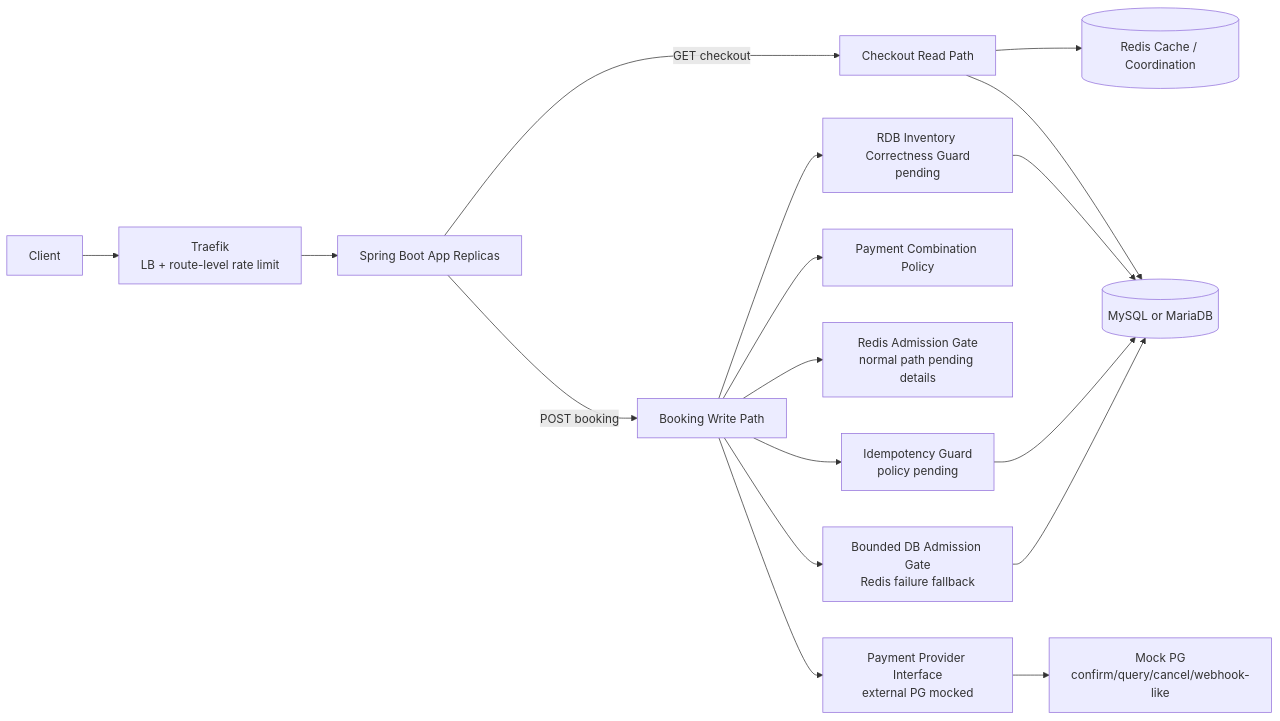
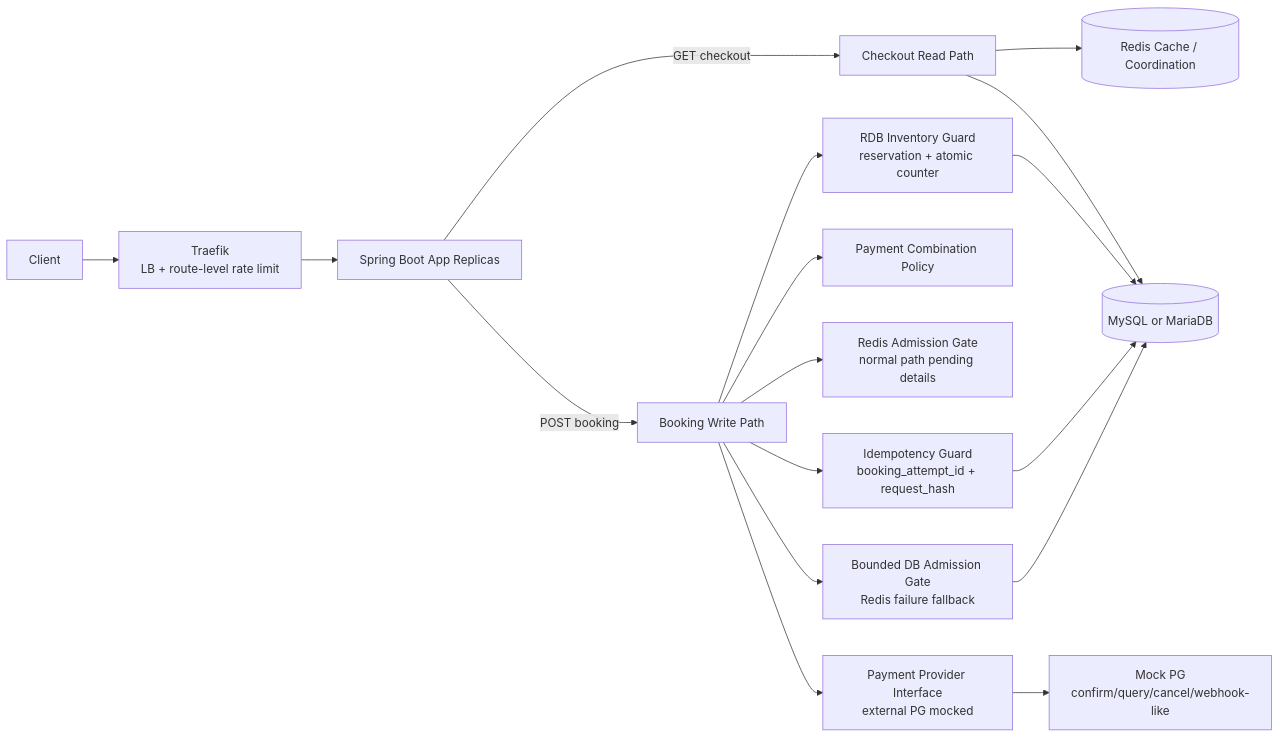
One commit to lsh1215/peak-booking-system changed the diagram in docs/system-design/mock-interview.md. Above: the diagram before and after it, drawn with Mermaid. The commit also changed other lines of this file and 7 other files, not shown here.

````diff
--- a/docs/system-design/mock-interview.md
+++ b/docs/system-design/mock-interview.md
@@ -101,22 +101,22 @@
 ```mermaid
 flowchart LR
     Client[Client] --> LB[Traefik<br/>LB + route-level rate limit]
     LB --> App[Spring Boot App Replicas]
 
     App -->|GET checkout| Checkout[Checkout Read Path]
     Checkout --> Redis[(Redis Cache / Coordination)]
     Checkout --> RDB[(MySQL or MariaDB)]
 
     App -->|POST booking| Booking[Booking Write Path]
-    Booking --> Idem[Idempotency Guard<br/>policy pending]
+    Booking --> Idem[Idempotency Guard<br/>booking_attempt_id + request_hash]
     Booking --> PaymentPolicy[Payment Combination Policy]
     Booking --> RedisAdmission[Redis Admission Gate<br/>normal path pending details]
     Booking --> DBAdmission[Bounded DB Admission Gate<br/>Redis failure fallback]
-    Booking --> RDBGuard[RDB Inventory Correctness Guard<br/>pending]
+    Booking --> RDBGuard[RDB Inventory Guard<br/>reservation + atomic counter]
     Booking --> PaymentPort[Payment Provider Interface<br/>external PG mocked]
     PaymentPort --> FakePG[Mock PG<br/>confirm/query/cancel/webhook-like]
 
     RDBGuard --> RDB
     Idem --> RDB
     DBAdmission --> RDB
 ```
````
